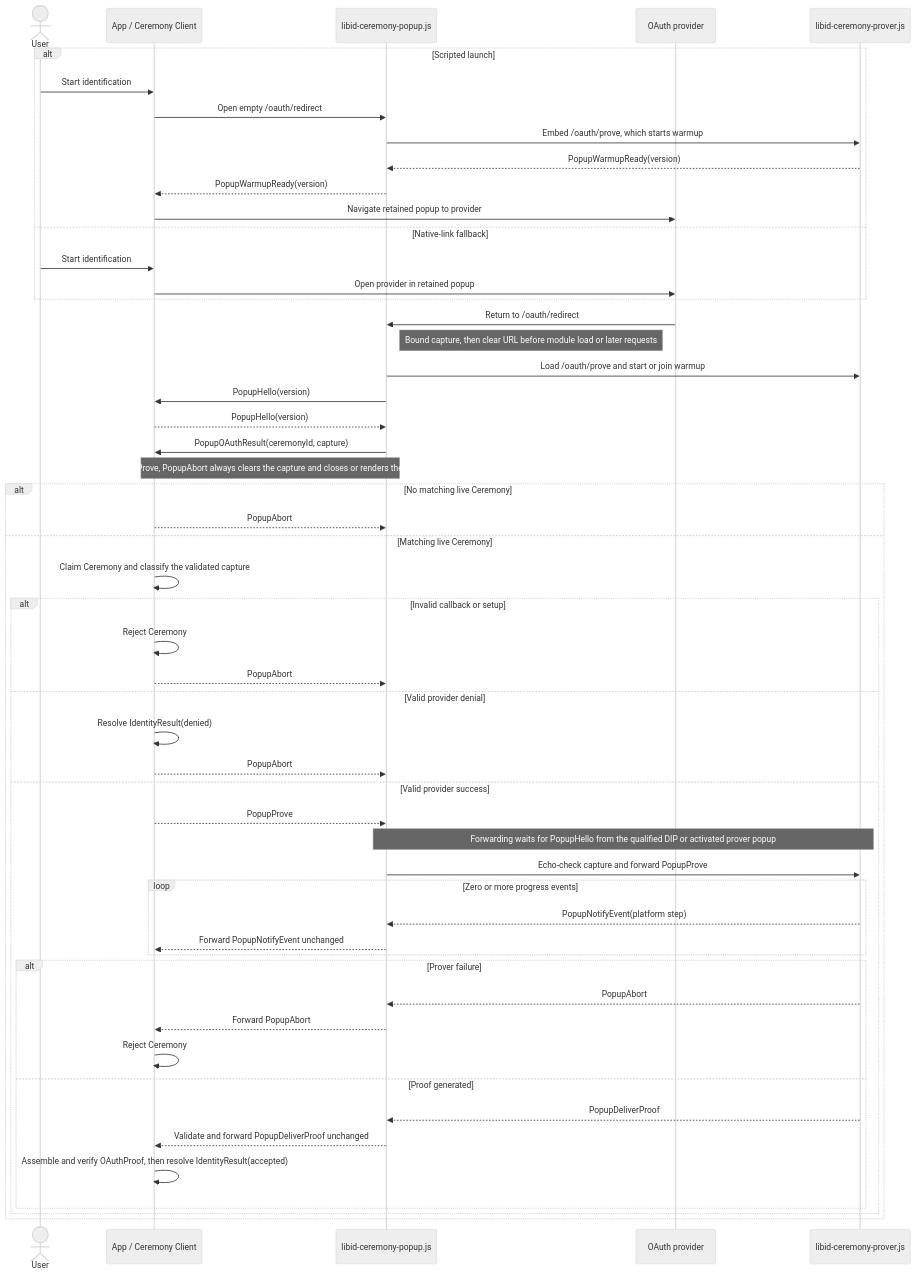
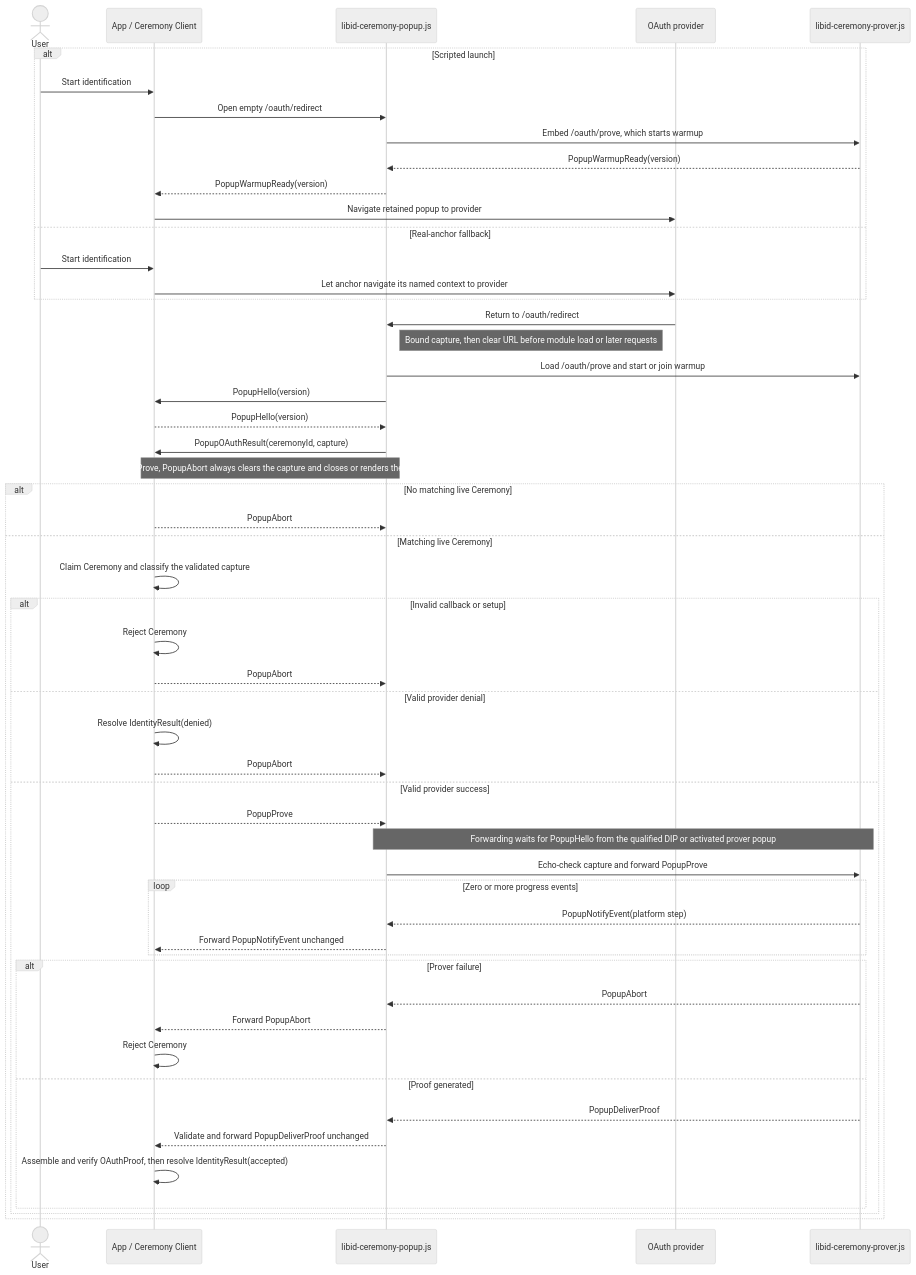
Before and after one commit to libid-org/libid: the diagram in ts/packages/ceremony/ARCHITECTURE.md, drawn with Mermaid (neutral theme). The commit also changed other lines of this file and 1 other file, not shown here.

Commit message:
docs(ceremony): separate popup launch from authority

````diff
--- a/ts/packages/ceremony/ARCHITECTURE.md
+++ b/ts/packages/ceremony/ARCHITECTURE.md
@@ -606,57 +620,57 @@
 ```mermaid
 sequenceDiagram
     actor U as User
     participant A as App / Ceremony Client
     participant C as libid-ceremony-popup.js
     participant O as OAuth provider
     participant P as libid-ceremony-prover.js
 
     alt Scripted launch
         U->>A: Start identification
         A->>C: Open empty /oauth/redirect
         C->>P: Embed /oauth/prove, which starts warmup
         P-->>C: PopupWarmupReady(version)
         C-->>A: PopupWarmupReady(version)
         A->>O: Navigate retained popup to provider
-    else Native-link fallback
+    else Real-anchor fallback
         U->>A: Start identification
-        A->>O: Open provider in retained popup
+        A->>O: Let anchor navigate its named context to provider
     end
     O->>C: Return to /oauth/redirect
     Note right of C: Bound capture, then clear URL before module load or later requests
     C->>P: Load /oauth/prove and start or join warmup
     C->>A: PopupHello(version)
     A-->>C: PopupHello(version)
     C->>A: PopupOAuthResult(ceremonyId, capture)
     Note over A,C: Before PopupProve, PopupAbort always clears the capture and closes or renders the fixed fallback
     alt No matching live Ceremony
         A-->>C: PopupAbort
     else Matching live Ceremony
         A->>A: Claim Ceremony and classify the validated capture
 
         alt Invalid callback or setup
             A->>A: Reject Ceremony
             A-->>C: PopupAbort
         else Valid provider denial
             A->>A: Resolve IdentityResult(denied)
             A-->>C: PopupAbort
         else Valid provider success
             A-->>C: PopupProve
             Note over C,P: Forwarding waits for PopupHello from the qualified DIP or activated prover popup
             C->>P: Echo-check capture and forward PopupProve
             loop Zero or more progress events
                 P-->>C: PopupNotifyEvent(platform step)
                 C-->>A: Forward PopupNotifyEvent unchanged
             end
             alt Prover failure
                 P-->>C: PopupAbort
                 C-->>A: Forward PopupAbort
                 A->>A: Reject Ceremony
             else Proof generated
                 P-->>C: PopupDeliverProof
                 C-->>A: Validate and forward PopupDeliverProof unchanged
                 A->>A: Assemble and verify OAuthProof, then resolve IdentityResult(accepted)
             end
         end
     end
 ```
````
